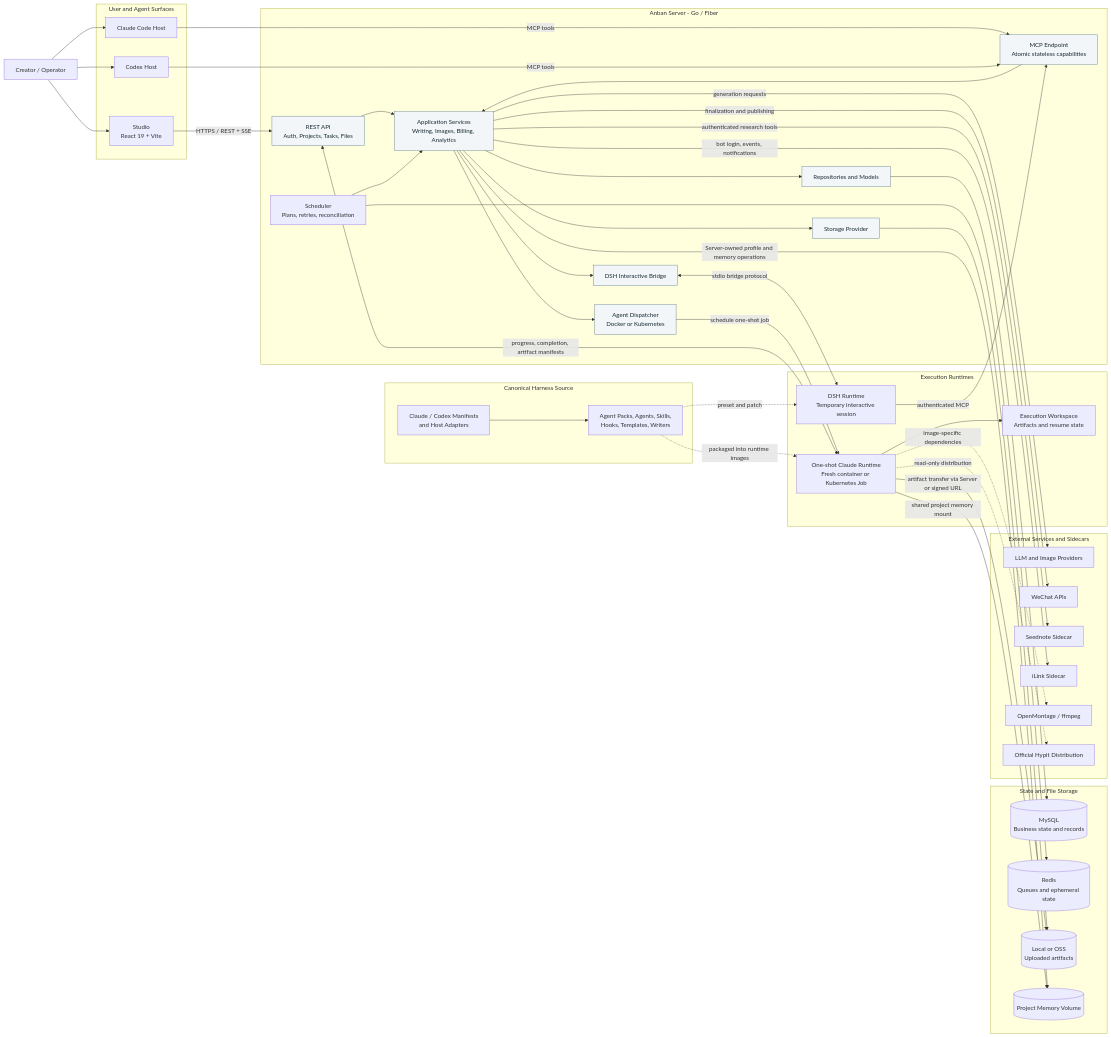
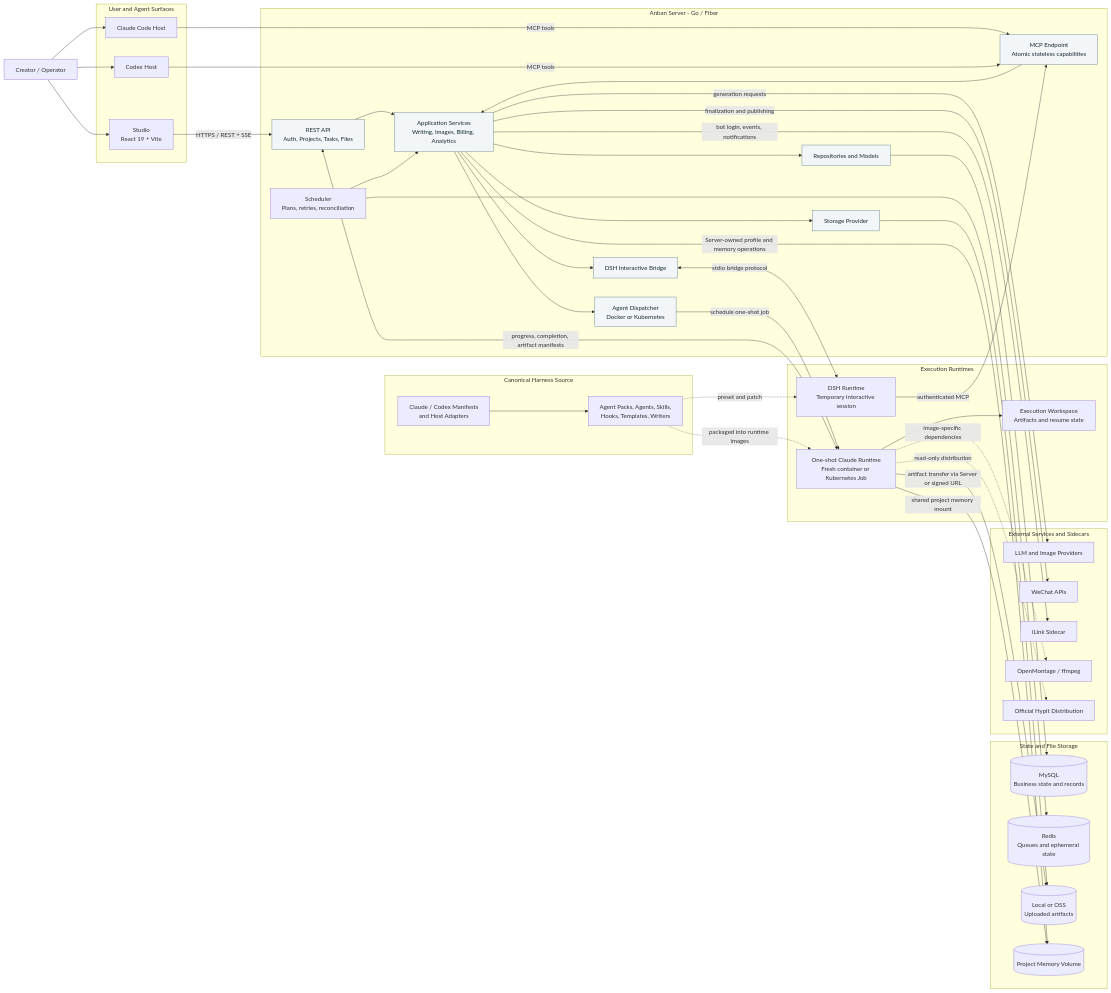
The diagram in README.md (anbanai/anban-creator), drawn with Mermaid before and after one commit. The commit also changed other lines of this file and 53 other files, not shown here.

```diff
--- a/README.md
+++ b/README.md
@@ -70,7 +69,6 @@
     subgraph integrations[External Services and Sidecars]
         llm[LLM and Image Providers]
         wechat[WeChat APIs]
-        seednoteSidecar[Seednote Sidecar]
         ilinkSidecar[iLink Sidecar]
         montage[OpenMontage / ffmpeg]
         hypit[Official Hypit Distribution]
@@ -111,7 +109,6 @@
     pluginAssets -.->|packaged into runtime images| claudeRuntime
     pluginAssets -.->|preset and patch| dshRuntime
 
-    services -->|authenticated research tools| seednoteSidecar
     services -->|bot login, events, notifications| ilinkSidecar
     services -->|generation requests| llm
     services -->|finalization and publishing| wechat
```
